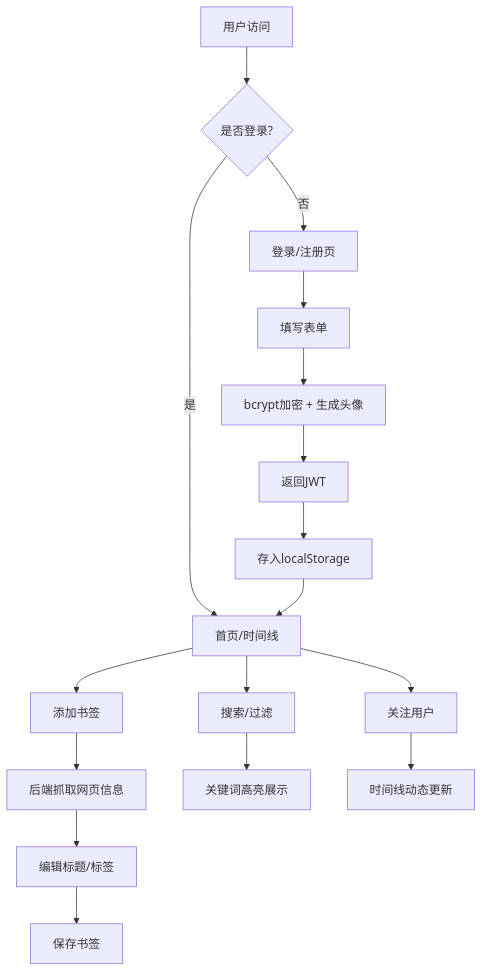
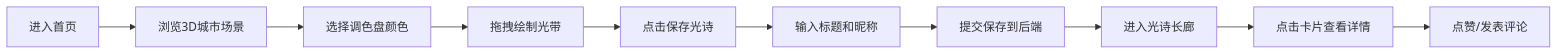
The diagram in cp1_6.9_auto63/.trae/documents/PRD.md (SChen0447/solo), drawn with Mermaid before and after one commit. The commit also changed other lines of this file and 41 other files, not shown here.

````diff
--- a/cp1_6.9_auto63/.trae/documents/PRD.md
+++ b/cp1_6.9_auto63/.trae/documents/PRD.md
@@ -43,19 +41,12 @@
 ```mermaid
-flowchart TD
-    A["用户访问"] --> B{"是否登录?"}
-    B -->|否| C["登录/注册页"]
-    C --> D["填写表单"]
-    D --> E["bcrypt加密 + 生成头像"]
-    E --> F["返回JWT"]
-    F --> G["存入localStorage"]
-    B -->|是| H["首页/时间线"]
-    G --> H
-    H --> I["添加书签"]
-    I --> J["后端抓取网页信息"]
-    J --> K["编辑标题/标签"]
-    K --> L["保存书签"]
-    H --> M["搜索/过滤"]
-    M --> N["关键词高亮展示"]
-    H --> O["关注用户"]
-    O --> P["时间线动态更新"]
+flowchart LR
+    A["进入首页"] --> B["浏览3D城市场景"]
+    B --> C["选择调色盘颜色"]
+    C --> D["拖拽绘制光带"]
+    D --> E["点击保存光诗"]
+    E --> F["输入标题和昵称"]
+    F --> G["提交保存到后端"]
+    G --> H["进入光诗长廊"]
+    H --> I["点击卡片查看详情"]
+    I --> J["点赞/发表评论"]
 ```
````
